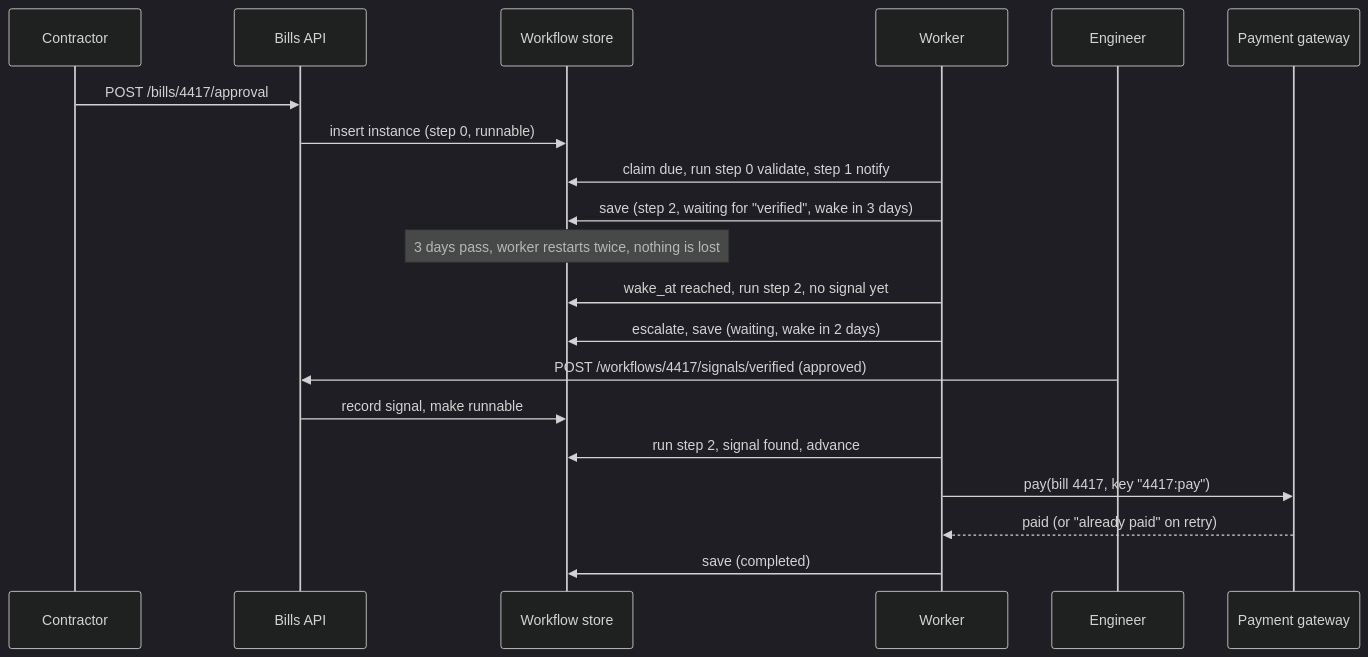
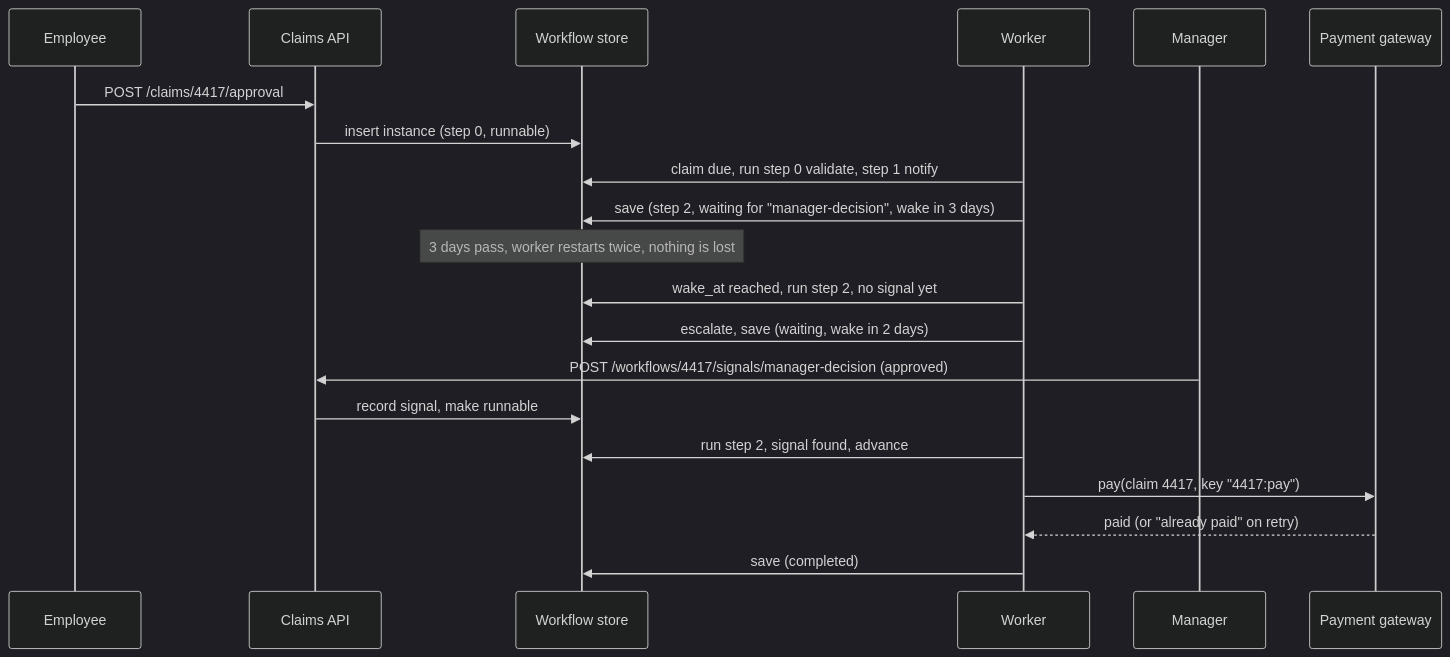
The second of 3 diagrams in content/lessons/m16/m16-workflow-engines.md (rizwi0786/system-design-lab), drawn with Mermaid (dark theme) before and after one commit. The commit also changed other lines of this file and 334 other files, not shown here.

````diff
--- a/content/lessons/m16/m16-workflow-engines.md
+++ b/content/lessons/m16/m16-workflow-engines.md
@@ -271,22 +272,22 @@
 ```mermaid
 sequenceDiagram
-    participant Con as Contractor
-    participant API as Bills API
+    participant Con as Employee
+    participant API as Claims API
     participant St as Workflow store
     participant Wk as Worker
-    participant Eng as Engineer
+    participant Eng as Manager
     participant Pay as Payment gateway
-    Con->>API: POST /bills/4417/approval
+    Con->>API: POST /claims/4417/approval
     API->>St: insert instance (step 0, runnable)
     Wk->>St: claim due, run step 0 validate, step 1 notify
-    Wk->>St: save (step 2, waiting for "verified", wake in 3 days)
+    Wk->>St: save (step 2, waiting for "manager-decision", wake in 3 days)
     Note over St: 3 days pass, worker restarts twice, nothing is lost
     Wk->>St: wake_at reached, run step 2, no signal yet
     Wk->>St: escalate, save (waiting, wake in 2 days)
-    Eng->>API: POST /workflows/4417/signals/verified (approved)
+    Eng->>API: POST /workflows/4417/signals/manager-decision (approved)
     API->>St: record signal, make runnable
     Wk->>St: run step 2, signal found, advance
-    Wk->>Pay: pay(bill 4417, key "4417:pay")
+    Wk->>Pay: pay(claim 4417, key "4417:pay")
     Pay-->>Wk: paid (or "already paid" on retry)
     Wk->>St: save (completed)
 ```
````
